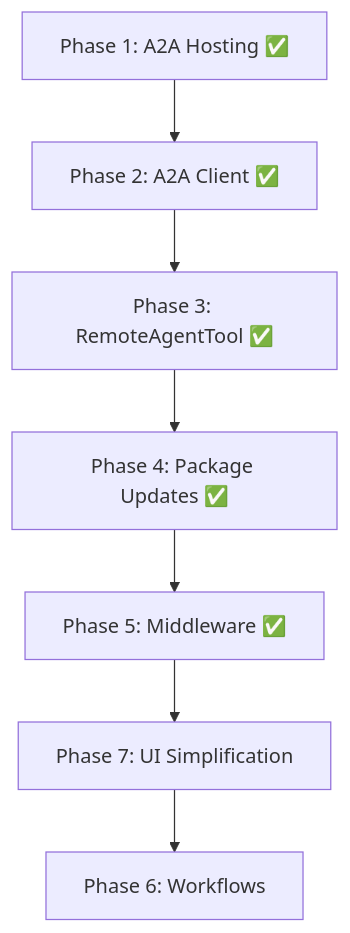
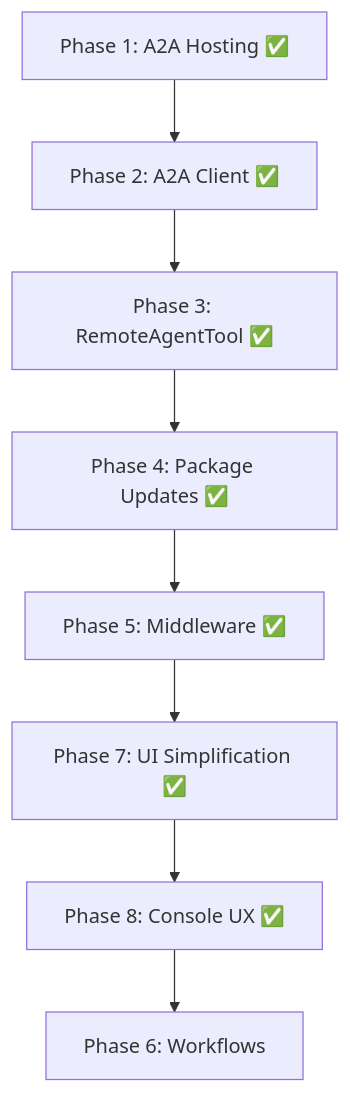
The diagram in PLAN.md (HemSoft/hemsoft-power-ai), drawn with Mermaid before and after one commit. The commit also changed other lines of this file and 4 other files, not shown here.

````diff
--- a/PLAN.md
+++ b/PLAN.md
@@ -340,9 +419,10 @@
 ```mermaid
 graph TD
     P1[Phase 1: A2A Hosting ✅] --> P2[Phase 2: A2A Client ✅]
     P2 --> P3[Phase 3: RemoteAgentTool ✅]
     P3 --> P4[Phase 4: Package Updates ✅]
     P4 --> P5[Phase 5: Middleware ✅]
-    P5 --> P7[Phase 7: UI Simplification]
-    P7 --> P6[Phase 6: Workflows]
+    P5 --> P7[Phase 7: UI Simplification ✅]
+    P7 --> P8[Phase 8: Console UX ✅]
+    P8 --> P6[Phase 6: Workflows]
 ```
````
